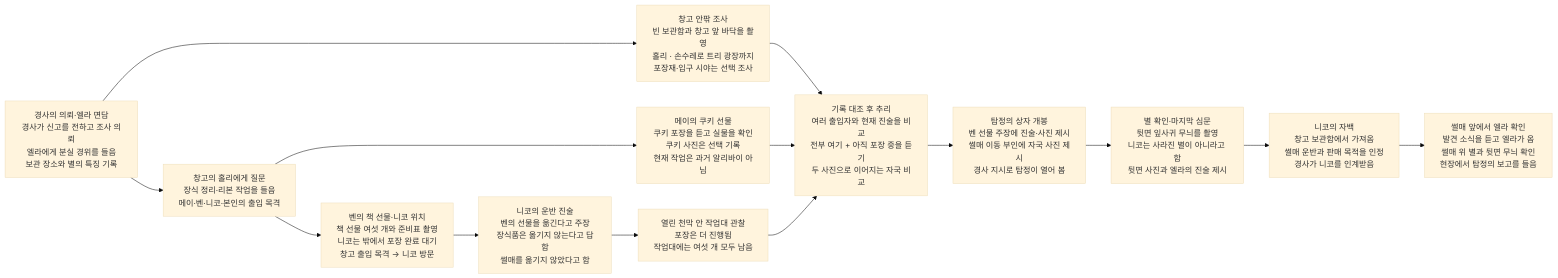
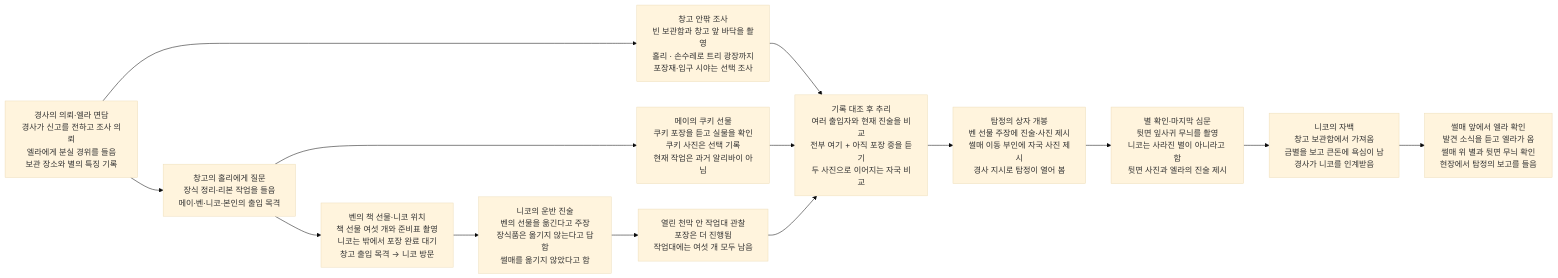
One commit to wonny95/detective-v2 changed the second of 2 diagrams in design/case-10-christmas-star.md. Above: the diagram before and after it, drawn with Mermaid (base theme). The commit also changed other lines of this file and 5 other files, not shown here.

````diff
--- a/design/case-10-christmas-star.md
+++ b/design/case-10-christmas-star.md
@@ -47,28 +47,28 @@
 ```mermaid
 flowchart LR
     s1["경사의 의뢰·엘라 면담<br/>경사가 신고를 전하고 조사 의뢰<br/>엘라에게 분실 경위를 들음<br/>보관 장소와 별의 특징 기록"]
     s2["창고의 홀리에게 질문<br/>장식 정리·리본 작업을 들음<br/>메이·벤·니코·본인의 출입 목격"]
     s3["창고 안팎 조사<br/>빈 보관함과 창고 앞 바닥을 촬영<br/>홀리 · 손수레로 트리 광장까지<br/>포장재·입구 시야는 선택 조사"]
     s4["메이의 쿠키 선물<br/>쿠키 포장을 듣고 실물을 확인<br/>쿠키 사진은 선택 기록<br/>현재 작업은 과거 알리바이 아님"]
     s5["벤의 책 선물·니코 위치<br/>책 선물 여섯 개와 준비표 촬영<br/>니코는 밖에서 포장 완료 대기<br/>창고 출입 목격 → 니코 방문"]
     s6["니코의 운반 진술<br/>벤의 선물을 옮긴다고 주장<br/>장식품은 옮기지 않는다고 답함<br/>썰매를 옮기지 않았다고 함"]
     s7["열린 천막 안 작업대 관찰<br/>포장은 더 진행됨<br/>작업대에는 여섯 개 모두 남음"]
     s8["기록 대조 후 추리<br/>여러 출입자와 현재 진술을 비교<br/>전부 여기 + 아직 포장 중을 듣기<br/>두 사진으로 이어지는 자국 비교"]
     s9["탐정의 상자 개봉<br/>벤 선물 주장에 진술·사진 제시<br/>썰매 이동 부인에 자국 사진 제시<br/>경사 지시로 탐정이 열어 봄"]
     s10["별 확인·마지막 심문<br/>뒷면 잎사귀 무늬를 촬영<br/>니코는 사라진 별이 아니라고 함<br/>뒷면 사진과 엘라의 진술 제시"]
-    s11["니코의 자백<br/>창고 보관함에서 가져옴<br/>썰매 운반과 판매 목적을 인정<br/>경사가 니코를 인계받음"]
+    s11["니코의 자백<br/>창고 보관함에서 가져옴<br/>금별을 보고 큰돈에 욕심이 남<br/>경사가 니코를 인계받음"]
     s12["썰매 앞에서 엘라 확인<br/>발견 소식을 듣고 엘라가 옴<br/>썰매 위 별과 뒷면 무늬 확인<br/>현장에서 탐정의 보고를 들음"]
     s1 --> s2
     s1 --> s3
     s2 --> s4
     s2 --> s5
     s3 --> s8
     s4 --> s8
     s5 --> s6
     s6 --> s7
     s7 --> s8
     s8 --> s9
     s9 --> s10
     s10 --> s11
     s11 --> s12
 ```
````
